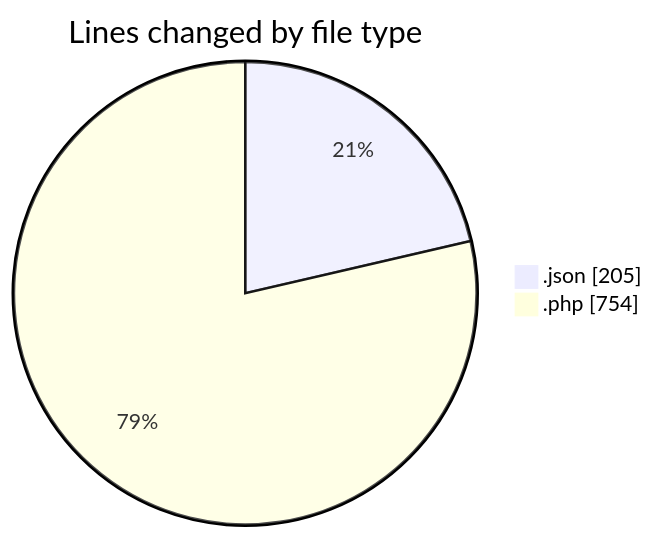
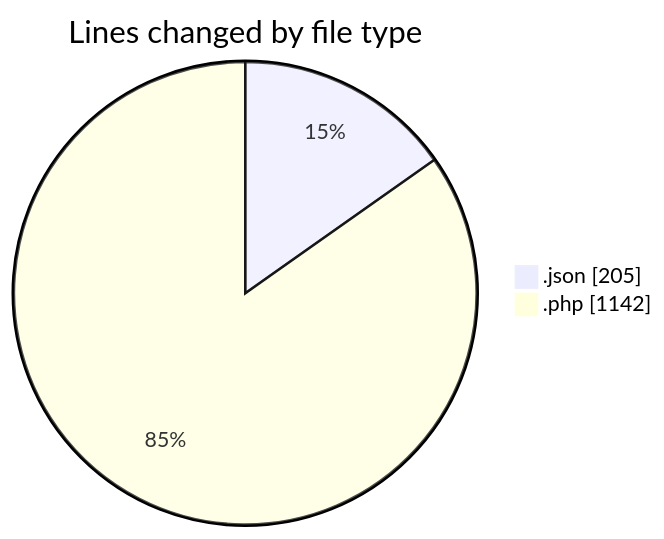
Before and after one commit to idhammustaqopulfikri/code-tracking: the first of 2 diagrams in 2025-04-11/test/README.md, drawn with Mermaid. The commit also changed other lines of this file and 1 other file, not shown here.

````diff
--- a/2025-04-11/test/README.md
+++ b/2025-04-11/test/README.md
@@ -25,6 +28,6 @@
 ```mermaid
 pie showData
 title Lines changed by file type
 ".json" : 205
-".php" : 754
+".php" : 1142
 ```
````
